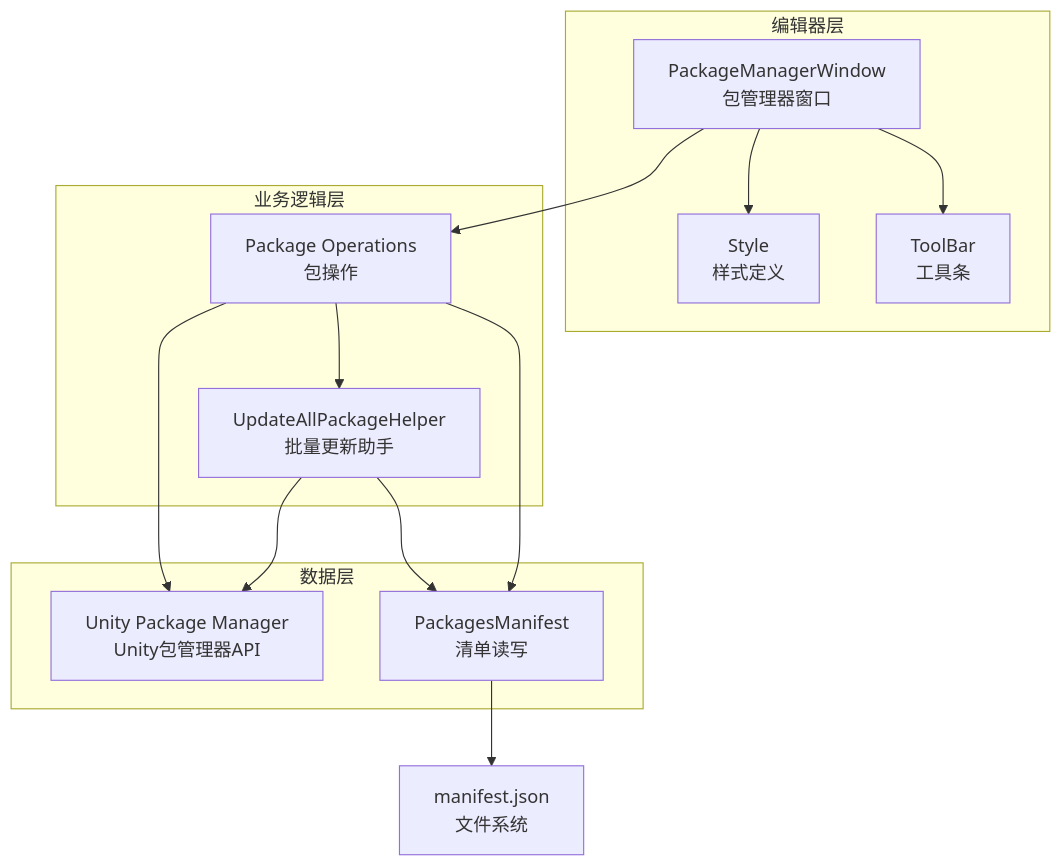
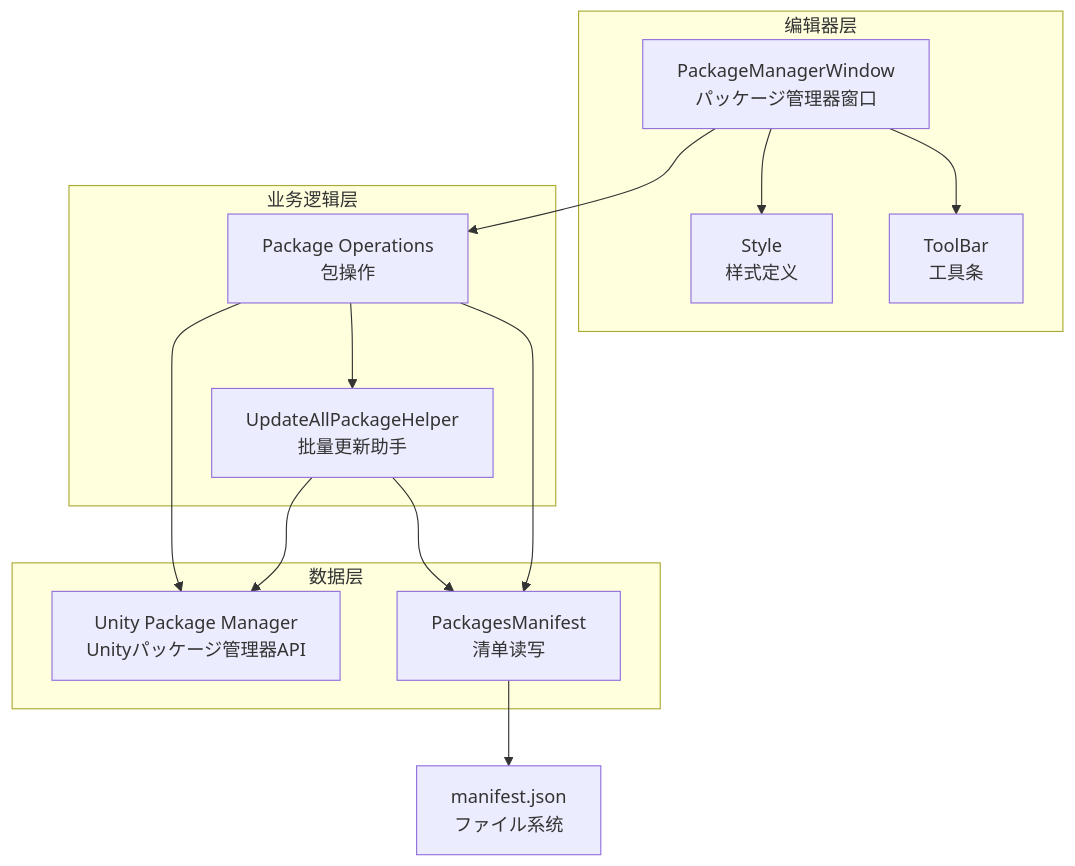
Before and after one commit to AlianBlank/GameFrameX.Docs: the first of 2 diagrams in docs/ja/client/unity/component/core/12.package-management.md, drawn with Mermaid. The commit also changed other lines of this file and 603 other files, not shown here.

````diff
--- a/docs/ja/client/unity/component/core/12.package-management.md
+++ b/docs/ja/client/unity/component/core/12.package-management.md
@@ -27,28 +27,28 @@
 ```mermaid
 graph TD
     subgraph Editor["编辑器层"]
-        Window[PackageManagerWindow<br/>包管理器窗口]
+        Window[PackageManagerWindow<br/>パッケージ管理器窗口]
         Toolbar[ToolBar<br/>工具条]
         Style[Style<br/>样式定义]
     end
     
     subgraph Business["业务逻辑层"]
         PackageOps[Package Operations<br/>包操作]
         UpdateHelper[UpdateAllPackageHelper<br/>批量更新助手]
     end
     
     subgraph Data["数据层"]
         Manifest[PackagesManifest<br/>清单读写]
-        UnityPM[Unity Package Manager<br/>Unity包管理器API]
+        UnityPM[Unity Package Manager<br/>Unityパッケージ管理器API]
     end
     
     Window --> Toolbar
     Window --> Style
     Window --> PackageOps
     PackageOps --> Manifest
     PackageOps --> UpdateHelper
     PackageOps --> UnityPM
     UpdateHelper --> Manifest
     UpdateHelper --> UnityPM
-    Manifest --> File[manifest.json<br/>文件系统]
+    Manifest --> File[manifest.json<br/>ファイル系统]
 ```
````
